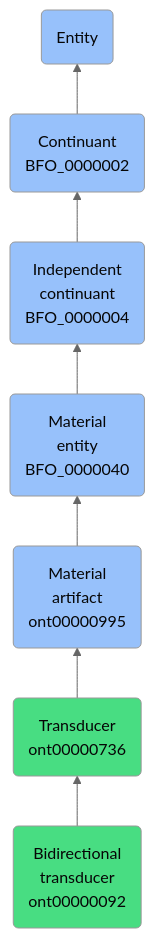
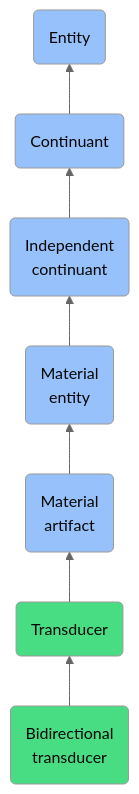
The diagram in docs/ontology/reference/model/Entity/Continuant/Independent continuant/Material entity/Material artifact/Transducer/Bidirectional transducer/Bidirectional transducer.md (jupyter-naas/abi), drawn with Mermaid (neutral theme) before and after one commit. The commit also changed other lines of this file and 1430 other files, not shown here.

````diff
--- a/docs/ontology/reference/model/Entity/Continuant/Independent continuant/Material entity/Material artifact/Transducer/Bidirectional transducer/Bidirectional transducer.md
+++ b/docs/ontology/reference/model/Entity/Continuant/Independent continuant/Material entity/Material artifact/Transducer/Bidirectional transducer/Bidirectional transducer.md
@@ -24,14 +24,14 @@
 ```mermaid
 graph BT
-    ont00000092(Bidirectional<br>transducer<br>ont00000092):::ABI-->ont00000736
-    ont00000736(Transducer<br>ont00000736):::ABI-->ont00000995
-    ont00000995(Material<br>artifact<br>ont00000995):::BFO-->BFO_0000040
-    BFO_0000040(Material<br>entity<br>BFO_0000040):::BFO-->BFO_0000004
-    BFO_0000004(Independent<br>continuant<br>BFO_0000004):::BFO-->BFO_0000002
-    BFO_0000002(Continuant<br>BFO_0000002):::BFO-->BFO_0000001
+    ont00000092(Bidirectional<br>transducer):::ABI-->ont00000736
+    ont00000736(Transducer):::ABI-->ont00000995
+    ont00000995(Material<br>artifact):::BFO-->BFO_0000040
+    BFO_0000040(Material<br>entity):::BFO-->BFO_0000004
+    BFO_0000004(Independent<br>continuant):::BFO-->BFO_0000002
+    BFO_0000002(Continuant):::BFO-->BFO_0000001
     BFO_0000001(Entity):::BFO
     
     classDef BFO fill:#97c1fb,color:#060606
     classDef CCO fill:#e4c51e,color:#060606
     classDef ABI fill:#48DD82,color:#060606
 ```
````
